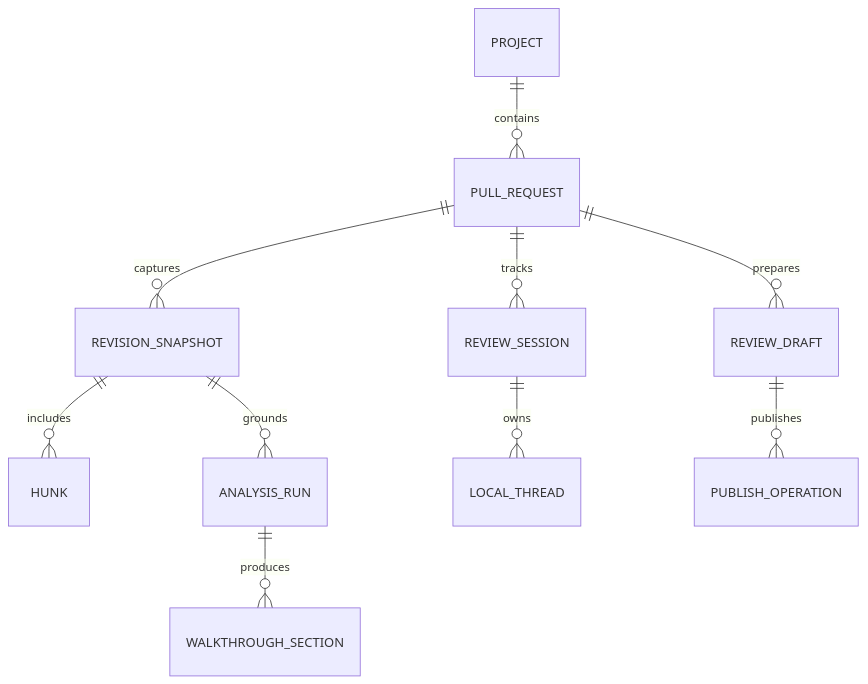
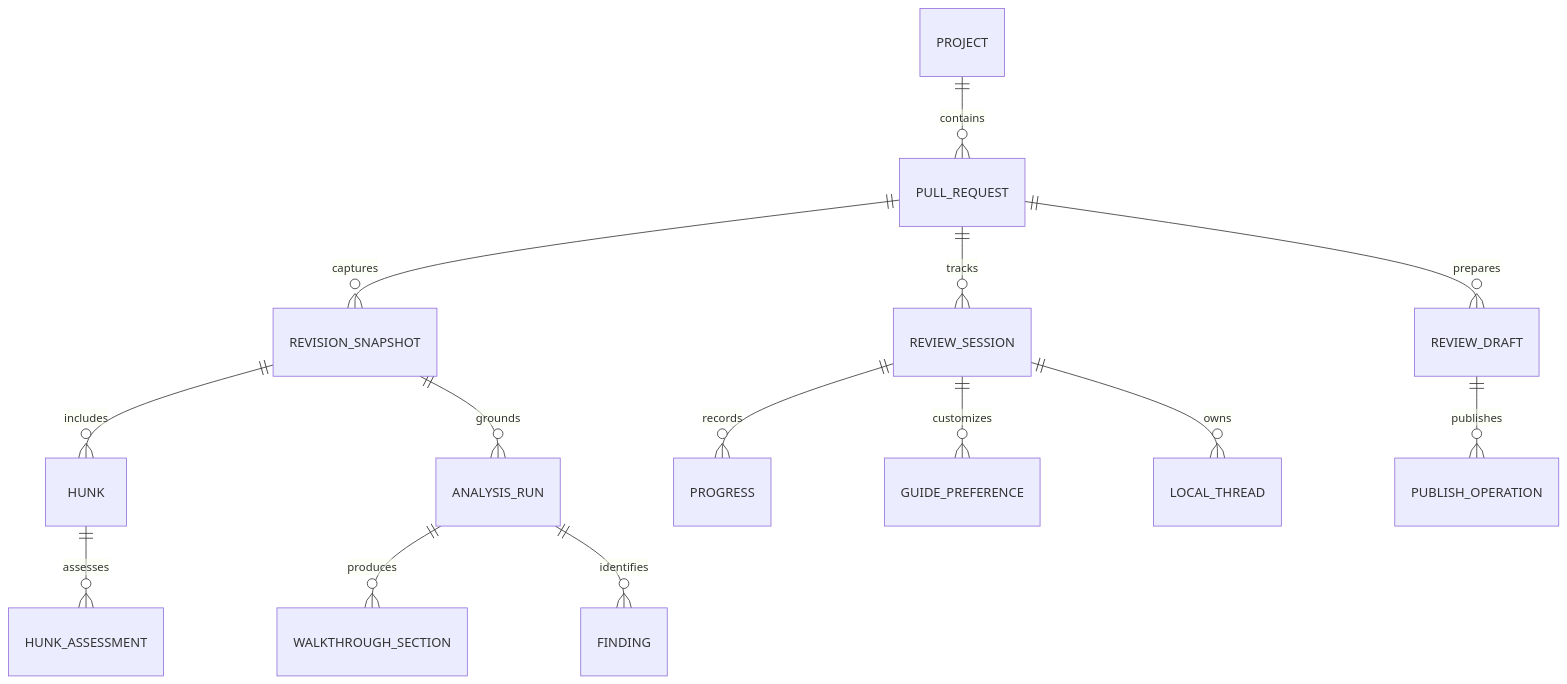
Before and after one commit to crs48/diffcity: the second of 4 diagrams in docs/plans/initial-product/architecture.md, drawn with Mermaid. The commit also changed other lines of this file and 12 other files, not shown here.

````diff
--- a/docs/plans/initial-product/architecture.md
+++ b/docs/plans/initial-product/architecture.md
@@ -92,12 +95,16 @@
 ```mermaid
 erDiagram
   PROJECT ||--o{ PULL_REQUEST : contains
   PULL_REQUEST ||--o{ REVISION_SNAPSHOT : captures
   REVISION_SNAPSHOT ||--o{ HUNK : includes
+  HUNK ||--o{ HUNK_ASSESSMENT : assesses
   REVISION_SNAPSHOT ||--o{ ANALYSIS_RUN : grounds
   ANALYSIS_RUN ||--o{ WALKTHROUGH_SECTION : produces
+  ANALYSIS_RUN ||--o{ FINDING : identifies
   PULL_REQUEST ||--o{ REVIEW_SESSION : tracks
+  REVIEW_SESSION ||--o{ PROGRESS : records
+  REVIEW_SESSION ||--o{ GUIDE_PREFERENCE : customizes
   REVIEW_SESSION ||--o{ LOCAL_THREAD : owns
   PULL_REQUEST ||--o{ REVIEW_DRAFT : prepares
   REVIEW_DRAFT ||--o{ PUBLISH_OPERATION : publishes
 ```
````
